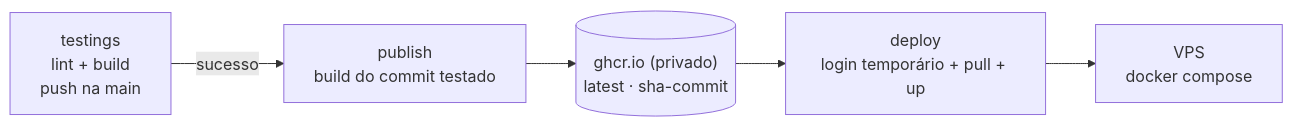
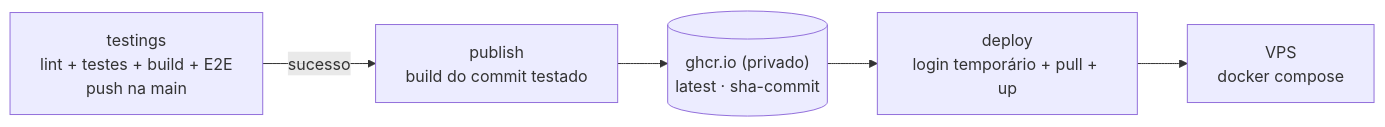
One commit to erikomis/dashboard-production-review-site changed the first of 2 diagrams in README.md. Above: the diagram before and after it, drawn with Mermaid. The commit also changed other lines of this file and 13 other files, not shown here.

````diff
--- a/README.md
+++ b/README.md
@@ -146,7 +189,7 @@
 ```mermaid
 flowchart LR
-    T["testings<br/>lint + build<br/>push na main"] -->|sucesso| P["publish<br/>build do commit testado"]
+    T["testings<br/>lint + testes + build + E2E<br/>push na main"] -->|sucesso| P["publish<br/>build do commit testado"]
     P --> GHCR[("ghcr.io (privado)<br/>latest · sha-commit")]
     GHCR --> D["deploy<br/>login temporário + pull + up"]
     D --> VPS["VPS<br/>docker compose"]
 ```
````
